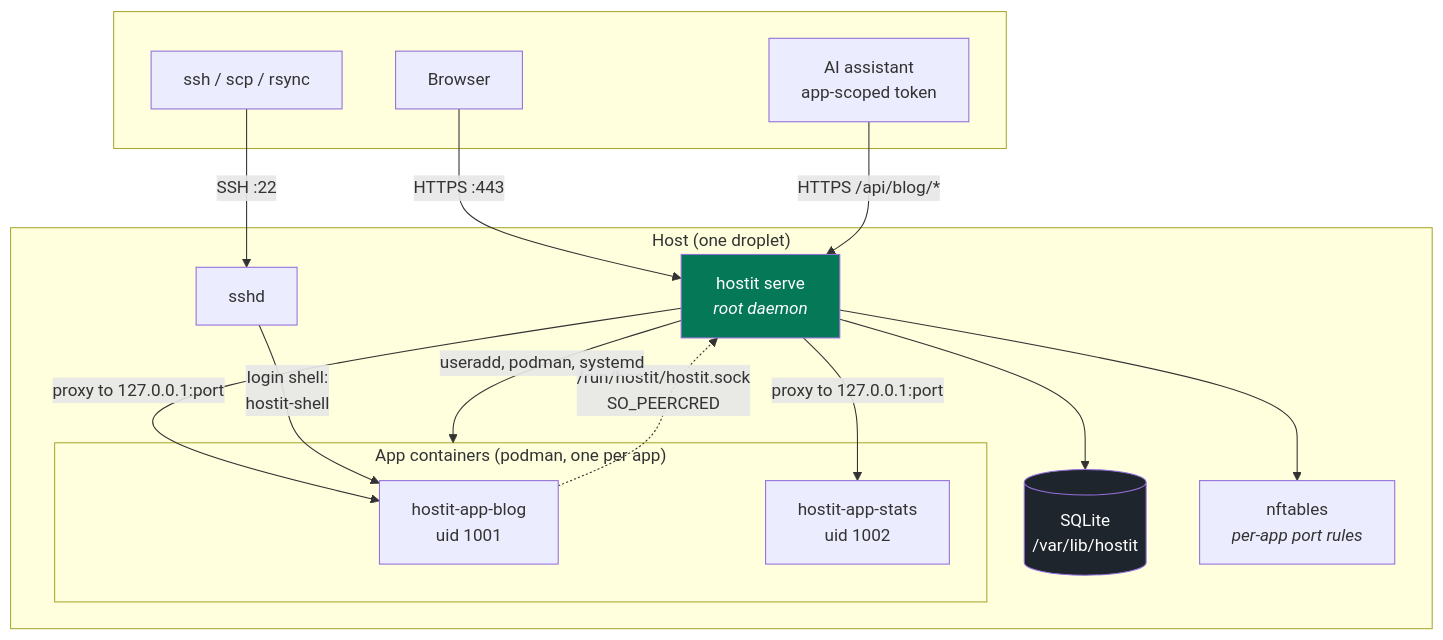
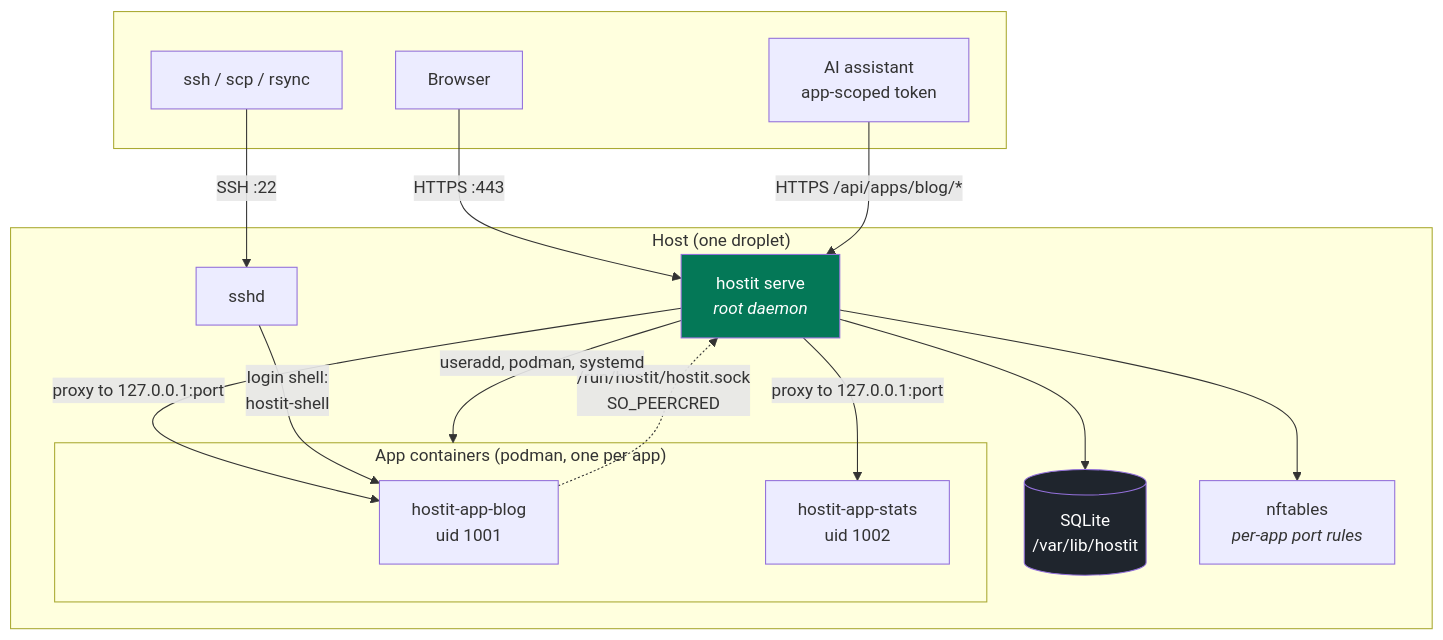
One commit to binwiederhier/hostit changed the first of 7 diagrams in ARCHITECTURE.md. Above: the diagram before and after it, drawn with Mermaid. The commit also changed other lines of this file and 47 other files, not shown here.

````diff
--- a/ARCHITECTURE.md
+++ b/ARCHITECTURE.md
@@ -12,36 +12,36 @@
 ```mermaid
 flowchart TB
     subgraph internet[" "]
         browser[Browser]
         agent[AI assistant<br/>app-scoped token]
         ssh_client[ssh / scp / rsync]
     end
 
     subgraph host["Host (one droplet)"]
         daemon["hostit serve<br/><i>root daemon</i>"]
         sshd["sshd"]
         store[("SQLite<br/>/var/lib/hostit")]
         nft["nftables<br/><i>per-app port rules</i>"]
 
         subgraph apps["App containers (podman, one per app)"]
             app1["hostit-app-blog<br/>uid 1001"]
             app2["hostit-app-stats<br/>uid 1002"]
         end
     end
 
     browser -->|"HTTPS :443"| daemon
-    agent -->|"HTTPS /api/blog/*"| daemon
+    agent -->|"HTTPS /api/apps/blog/*"| daemon
     ssh_client -->|"SSH :22"| sshd
 
     daemon -->|"proxy to 127.0.0.1:port"| app1
     daemon -->|"proxy to 127.0.0.1:port"| app2
     daemon --> store
     daemon -->|"useradd, podman, systemd"| apps
     daemon --> nft
     sshd -->|"login shell:<br/>hostit-shell"| app1
 
     app1 -.->|"/run/hostit/hostit.sock<br/>SO_PEERCRED"| daemon
 
     style daemon fill:#047857,color:#fff
     style store fill:#1f252d,color:#fff
 ```
````
